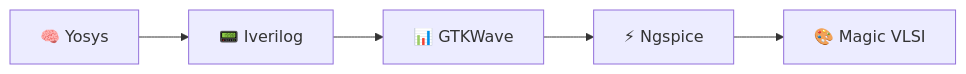
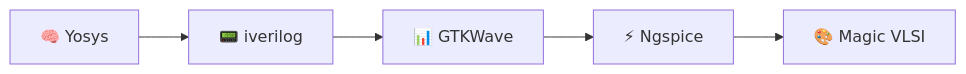
One commit to tusharshenoy/RISC-V-SoC-Tapeout-Journey-From-RTL-Input-to-Silicon-Output changed the diagram in week0/README.md. Above: the diagram before and after it, drawn with Mermaid. The commit also changed other lines of this file, not shown here.

````diff
--- a/week0/README.md
+++ b/week0/README.md
@@ -40,5 +40,5 @@
 ```mermaid
 flowchart LR
-    Y[🧠 Yosys] --> I[📟 Iverilog] --> G[📊 GTKWave]
+    Y[🧠 Yosys] --> I[📟 iverilog] --> G[📊 GTKWave]
     G --> N[⚡ Ngspice] --> M[🎨 Magic VLSI]
 ```
````
